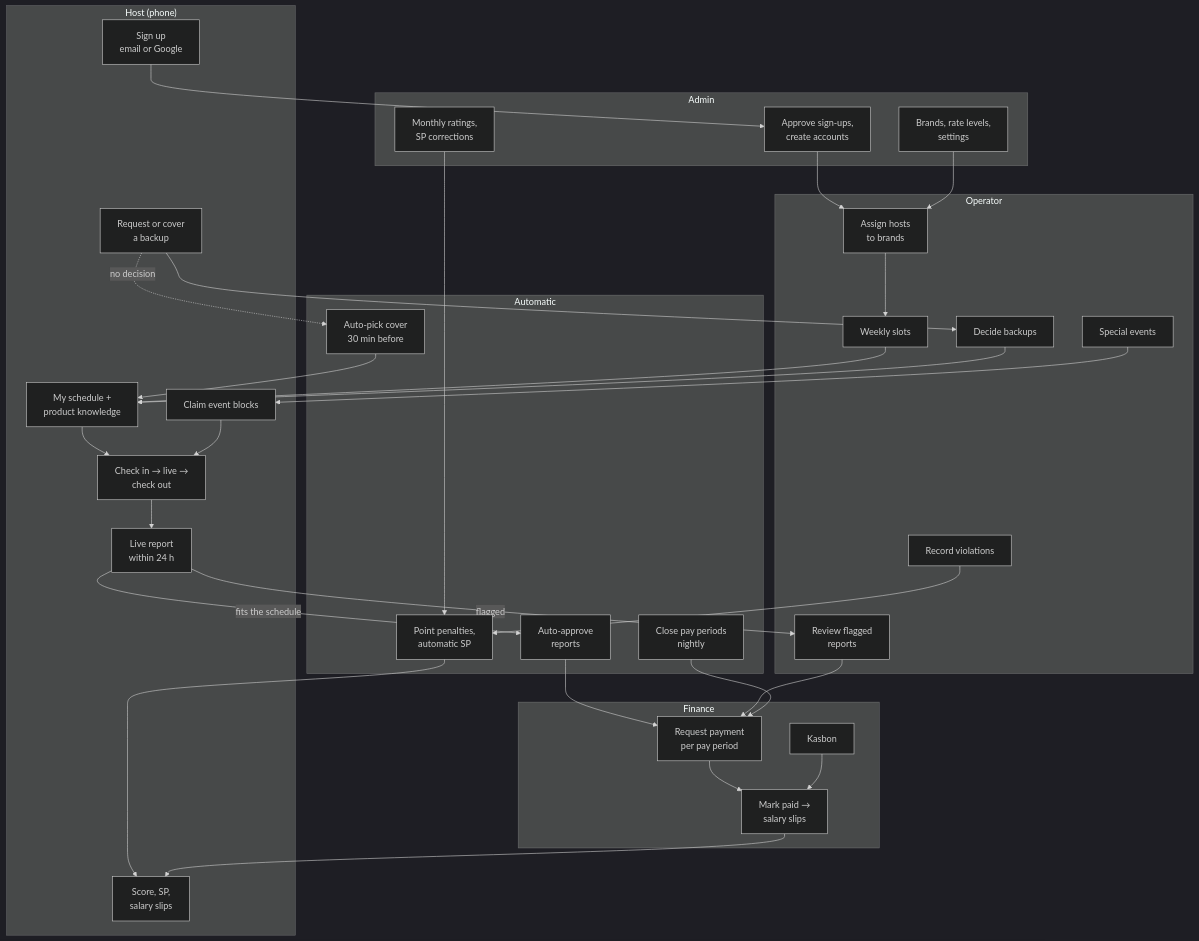
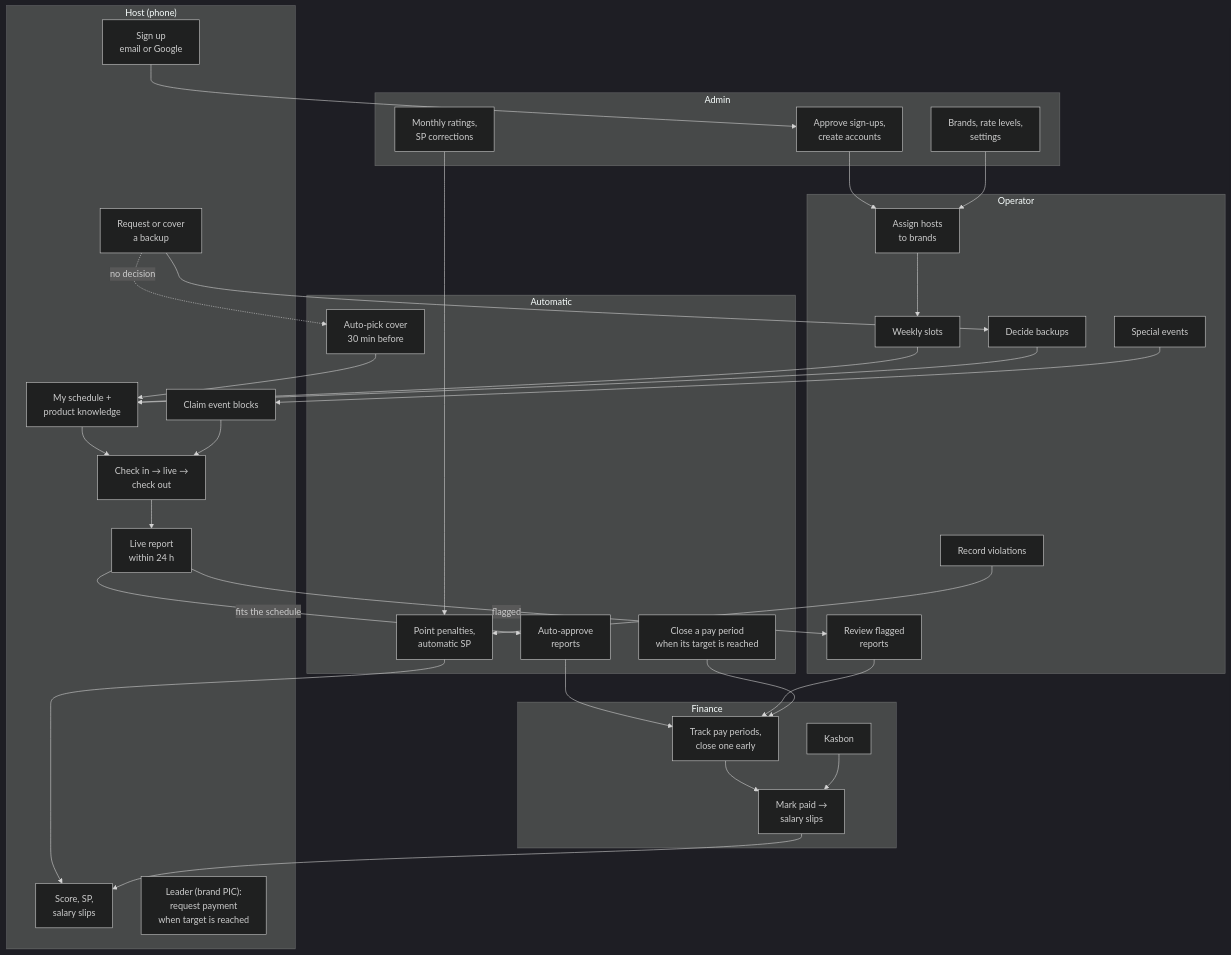
One commit to Adomancer/VidHelp changed the first of 13 diagrams in FLOWCHART.md. Above: the diagram before and after it, drawn with Mermaid (dark theme). The commit also changed other lines of this file and 38 other files, not shown here.

First line of the commit message:
Switch payroll to target-hour periods

````diff
--- a/FLOWCHART.md
+++ b/FLOWCHART.md
@@ -7,51 +7,52 @@
 ```mermaid
 flowchart TD
   subgraph HOST["Host (phone)"]
     H1["Sign up<br/>email or Google"]
     H2["My schedule +<br/>product knowledge"]
     H3["Check in → live →<br/>check out"]
     H4["Live report<br/>within 24 h"]
     H5["Request or cover<br/>a backup"]
     H6["Claim event blocks"]
     H7["Score, SP,<br/>salary slips"]
+    H8["Leader (brand PIC):<br/>request payment<br/>when target is reached"]
   end
   subgraph ADMIN["Admin"]
     A1["Approve sign-ups,<br/>create accounts"]
     A2["Brands, rate levels,<br/>settings"]
     A3["Monthly ratings,<br/>SP corrections"]
   end
   subgraph OPS["Operator"]
     O1["Assign hosts<br/>to brands"]
     O2["Weekly slots"]
     O3["Decide backups"]
     O4["Review flagged<br/>reports"]
     O5["Special events"]
     O6["Record violations"]
   end
   subgraph FIN["Finance"]
-    F1["Request payment<br/>per pay period"]
+    F1["Track pay periods,<br/>close one early"]
     F2["Mark paid →<br/>salary slips"]
     F3["Kasbon"]
   end
   subgraph AUTO["Automatic"]
     S1["Auto-approve<br/>reports"]
     S2["Auto-pick cover<br/>30 min before"]
-    S3["Close pay periods<br/>nightly"]
+    S3["Close a pay period<br/>when its target is reached"]
     S4["Point penalties,<br/>automatic SP"]
   end
   H1 --> A1 --> O1
   A2 --> O1
   O1 --> O2 --> H2 --> H3 --> H4
   H4 -->|fits the schedule| S1
   H4 -->|flagged| O4
   S1 --> F1
   O4 --> F1
   S3 --> F1
   H5 --> O3 --> H2
   H5 -.->|no decision| S2 --> H2
   O5 --> H6 --> H3
   O6 --> S4 --> H7
   A3 --> S4
   F1 --> F2 --> H7
   F3 --> F2
 ```
````
